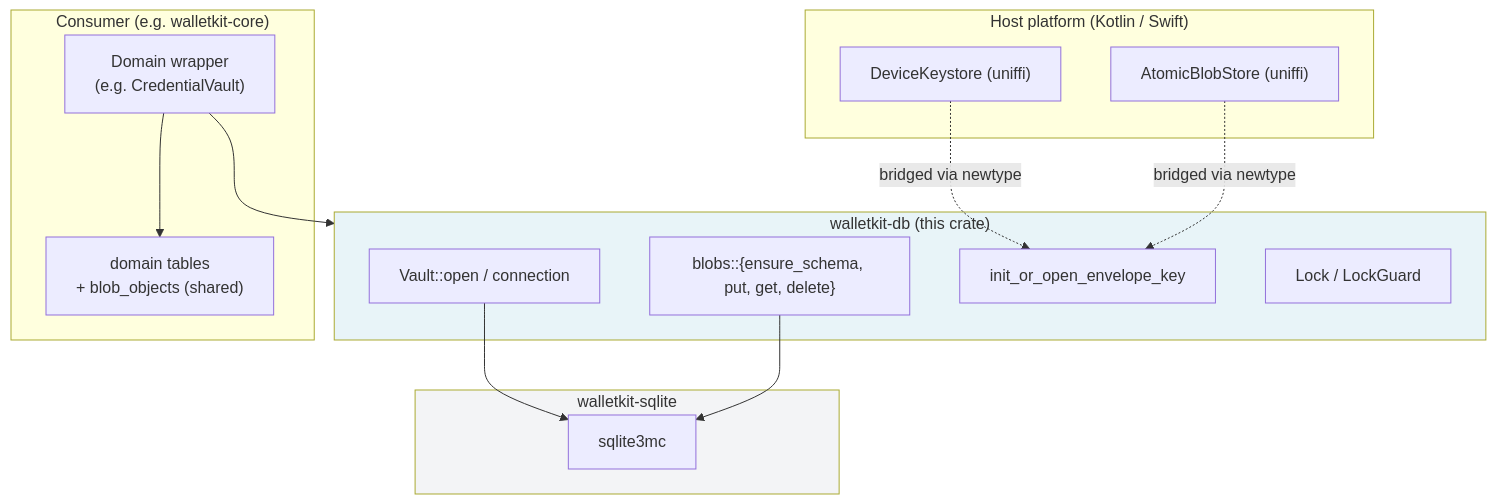
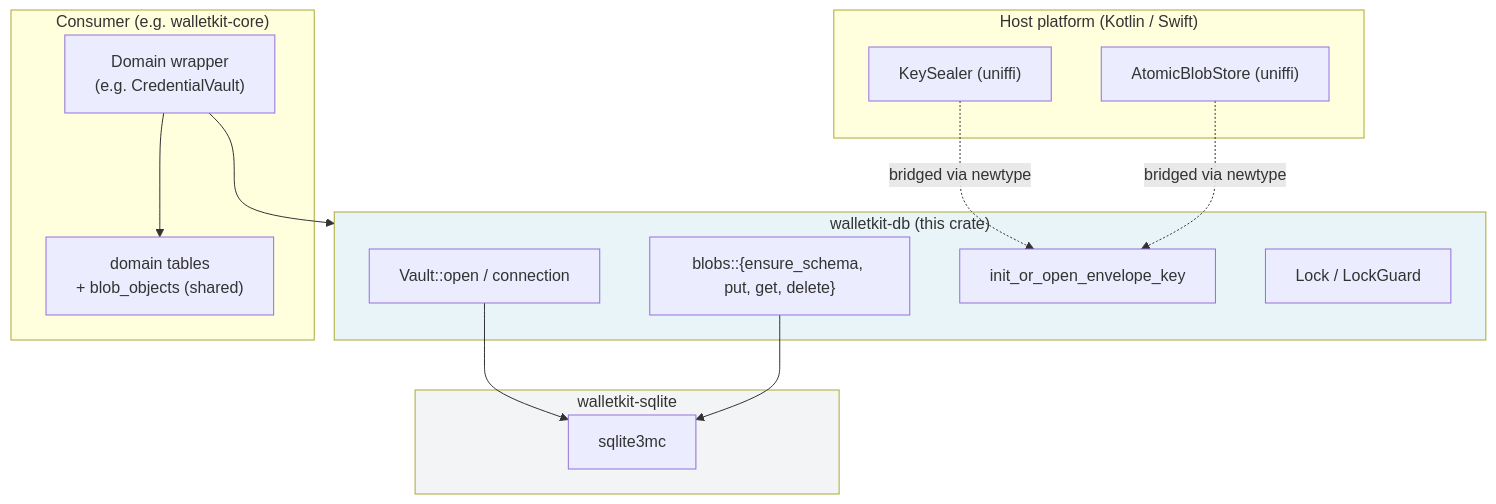
One commit to worldcoin/walletkit changed the diagram in crates/walletkit-db/README.md. Above: the diagram before and after it, drawn with Mermaid. The commit also changed other lines of this file and 23 other files, not shown here.

````diff
--- a/crates/walletkit-db/README.md
+++ b/crates/walletkit-db/README.md
@@ -21,28 +21,28 @@
 ```mermaid
 flowchart TB
     subgraph Host["Host platform (Kotlin / Swift)"]
-        KS["DeviceKeystore (uniffi)"]
+        KS["KeySealer (uniffi)"]
         BS["AtomicBlobStore (uniffi)"]
     end
     subgraph WKDB["walletkit-db (this crate)"]
         OV["Vault::open / connection"]
         Blobs["blobs::{ensure_schema, put, get, delete}"]
         Env["init_or_open_envelope_key"]
         Lock["Lock / LockGuard"]
     end
     subgraph WKSQL["walletkit-sqlite"]
         Cipher["sqlite3mc"]
     end
     subgraph Consumer["Consumer (e.g. walletkit-core)"]
         Wrapper["Domain wrapper<br/>(e.g. CredentialVault)"]
         Tables["domain tables<br/>+ blob_objects (shared)"]
         Wrapper --> Tables
     end
     KS -.bridged via newtype.-> Env
     BS -.bridged via newtype.-> Env
     Wrapper --> WKDB
     OV --> Cipher
     Blobs --> Cipher
     style WKDB fill:#e8f4f8
     style WKSQL fill:#f3f4f6
 ```
````
